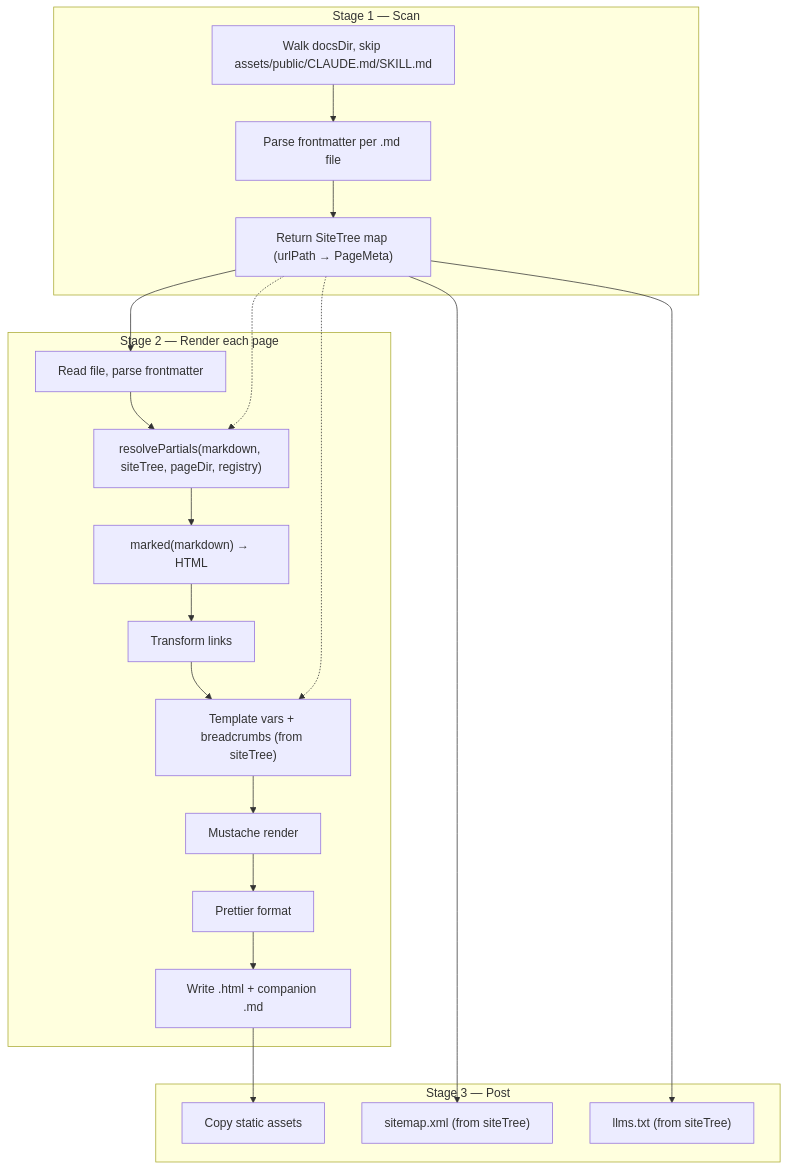
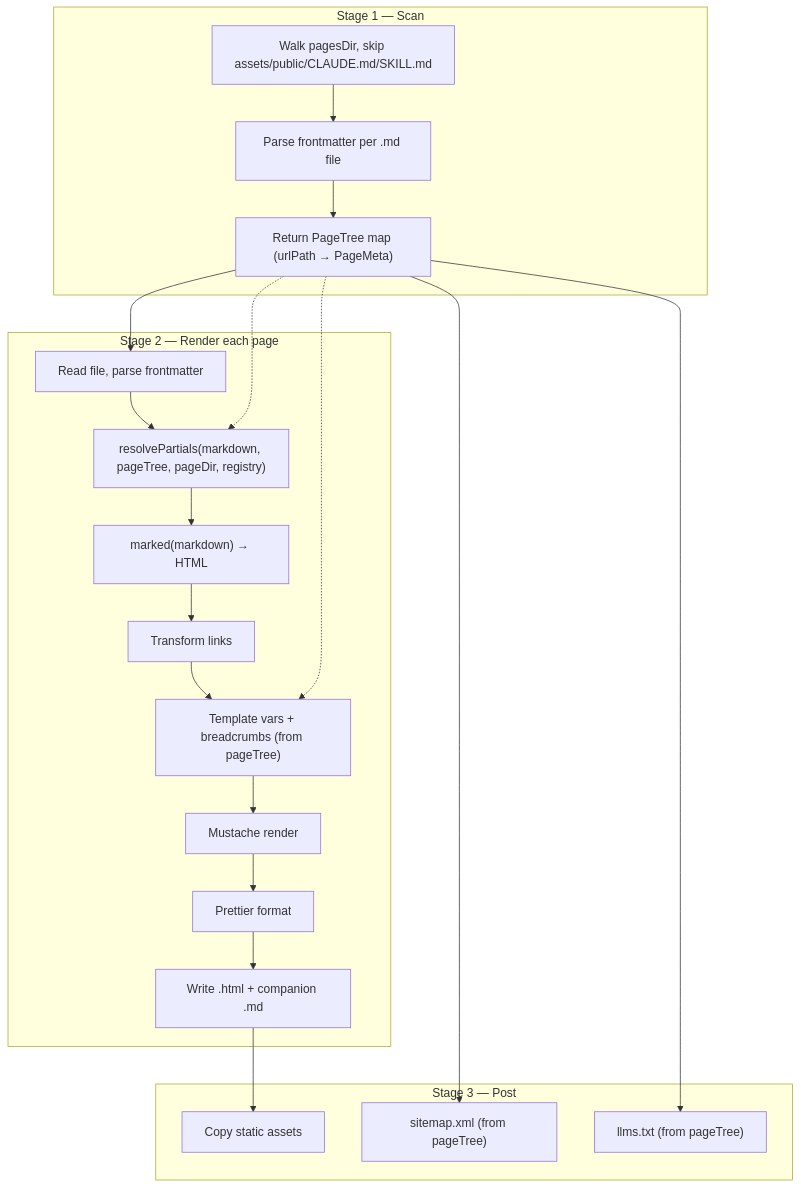
The second of 2 diagrams in specs/790-libdoc-content-partials/design-a.md (forwardimpact/pathway), drawn with Mermaid before and after one commit. The commit also changed other lines of this file, not shown here.

````diff
--- a/specs/790-libdoc-content-partials/design-a.md
+++ b/specs/790-libdoc-content-partials/design-a.md
@@ -72,32 +82,32 @@
 ```mermaid
 flowchart TD
   subgraph "Stage 1 — Scan"
-    S1[Walk docsDir, skip assets/public/CLAUDE.md/SKILL.md]
+    S1[Walk pagesDir, skip assets/public/CLAUDE.md/SKILL.md]
     S1 --> S2[Parse frontmatter per .md file]
-    S2 --> S3["Return SiteTree map (urlPath → PageMeta)"]
+    S2 --> S3["Return PageTree map (urlPath → PageMeta)"]
   end
 
   subgraph "Stage 2 — Render each page"
     R1[Read file, parse frontmatter]
-    R1 --> R2["resolvePartials(markdown, siteTree, pageDir, registry)"]
+    R1 --> R2["resolvePartials(markdown, pageTree, pageDir, registry)"]
     R2 --> R3["marked(markdown) → HTML"]
     R3 --> R4[Transform links]
-    R4 --> R5["Template vars + breadcrumbs (from siteTree)"]
+    R4 --> R5["Template vars + breadcrumbs (from pageTree)"]
     R5 --> R6[Mustache render]
     R6 --> R7[Prettier format]
     R7 --> R8[Write .html + companion .md]
   end
 
   subgraph "Stage 3 — Post"
     P1[Copy static assets]
-    P2["sitemap.xml (from siteTree)"]
-    P3["llms.txt (from siteTree)"]
+    P2["sitemap.xml (from pageTree)"]
+    P3["llms.txt (from pageTree)"]
   end
 
   S3 --> R1
   S3 -.-> R2
   S3 -.-> R5
   R8 --> P1
   S3 --> P2
   S3 --> P3
 ```
````
